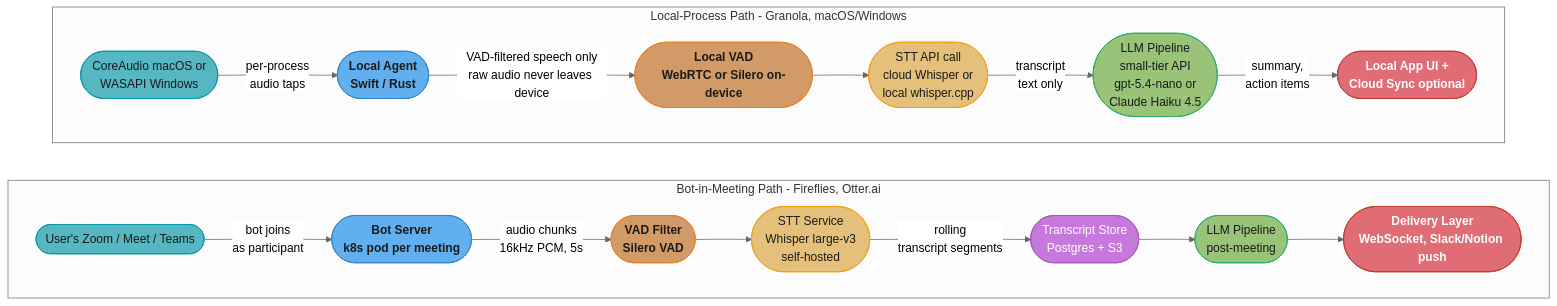
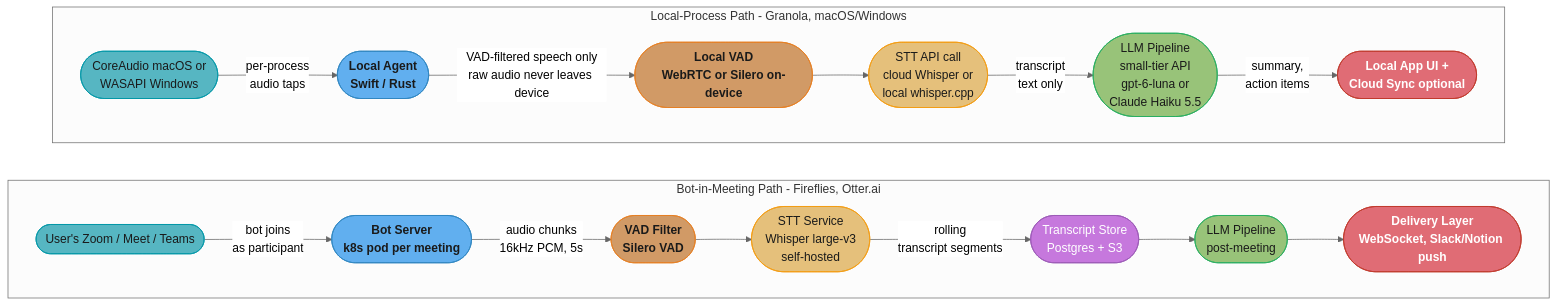
The first of 2 diagrams in src/main/java/com/rutik/systemdesign/llm/case_studies/design_ai_meeting_assistant.md (rppol/system-design), drawn with Mermaid (neutral theme) before and after one commit. The commit also changed other lines of this file and 25 other files, not shown here.

````diff
--- a/src/main/java/com/rutik/systemdesign/llm/case_studies/design_ai_meeting_assistant.md
+++ b/src/main/java/com/rutik/systemdesign/llm/case_studies/design_ai_meeting_assistant.md
@@ -120,37 +120,37 @@
 ```mermaid
 flowchart LR
     classDef io      fill:#61afef,stroke:#2e86c1,color:#1a1a1a,font-weight:bold
     classDef frozen  fill:#c678dd,stroke:#9b59b6,color:#fff
     classDef train   fill:#98c379,stroke:#27ae60,color:#1a1a1a
     classDef mathOp  fill:#d19a66,stroke:#e67e22,color:#1a1a1a,font-weight:bold
     classDef lossN   fill:#e06c75,stroke:#c0392b,color:#fff,font-weight:bold
     classDef req     fill:#56b6c2,stroke:#0097a7,color:#1a1a1a
     classDef base    fill:#e5c07b,stroke:#f39c12,color:#1a1a1a
 
     subgraph BOTPATH["Bot-in-Meeting Path - Fireflies, Otter.ai"]
         direction LR
         ZM(["User's Zoom / Meet / Teams"]) -->|"bot joins<br/>as participant"| BS(["Bot Server<br/>k8s pod per meeting"])
         BS -->|"audio chunks<br/>16kHz PCM, 5s"| VAD1(["VAD Filter<br/>Silero VAD"])
         VAD1 --> STT1(["STT Service<br/>Whisper large-v3<br/>self-hosted"])
         STT1 -->|"rolling<br/>transcript segments"| TS(["Transcript Store<br/>Postgres + S3"])
         TS --> LLM1(["LLM Pipeline<br/>post-meeting"])
         LLM1 --> DL(["Delivery Layer<br/>WebSocket, Slack/Notion push"])
     end
 
     subgraph LOCALPATH["Local-Process Path - Granola, macOS/Windows"]
         direction LR
         OSAUD(["CoreAudio macOS or<br/>WASAPI Windows"]) -->|"per-process<br/>audio taps"| LA(["Local Agent<br/>Swift / Rust"])
         LA -->|"VAD-filtered speech only<br/>raw audio never leaves device"| VAD2(["Local VAD<br/>WebRTC or Silero on-device"])
         VAD2 --> STT2(["STT API call<br/>cloud Whisper or<br/>local whisper.cpp"])
-        STT2 -->|"transcript<br/>text only"| LLM2(["LLM Pipeline<br/>small-tier API<br/>gpt-5.4-nano or<br/>Claude Haiku 4.5"])
+    STT2 -->|"transcript<br/>text only"| LLM2(["LLM Pipeline<br/>small-tier API<br/>gpt-6-luna or<br/>Claude Haiku 5.5"])
         LLM2 -->|"summary,<br/>action items"| UI(["Local App UI +<br/>Cloud Sync optional"])
     end
 
     class ZM,OSAUD req
     class BS,LA io
     class VAD1,VAD2 mathOp
     class STT1,STT2 base
     class TS frozen
     class LLM1,LLM2 train
     class DL,UI lossN
 ```
````
